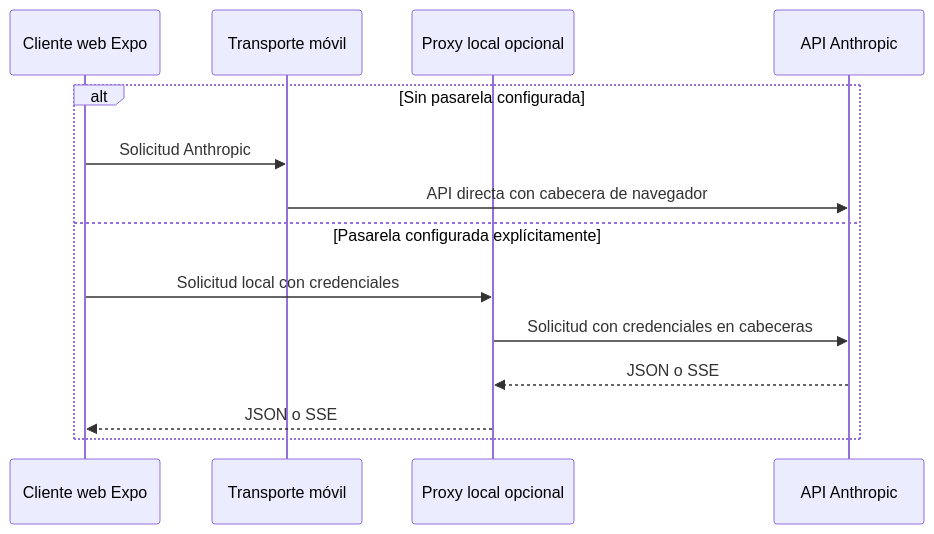
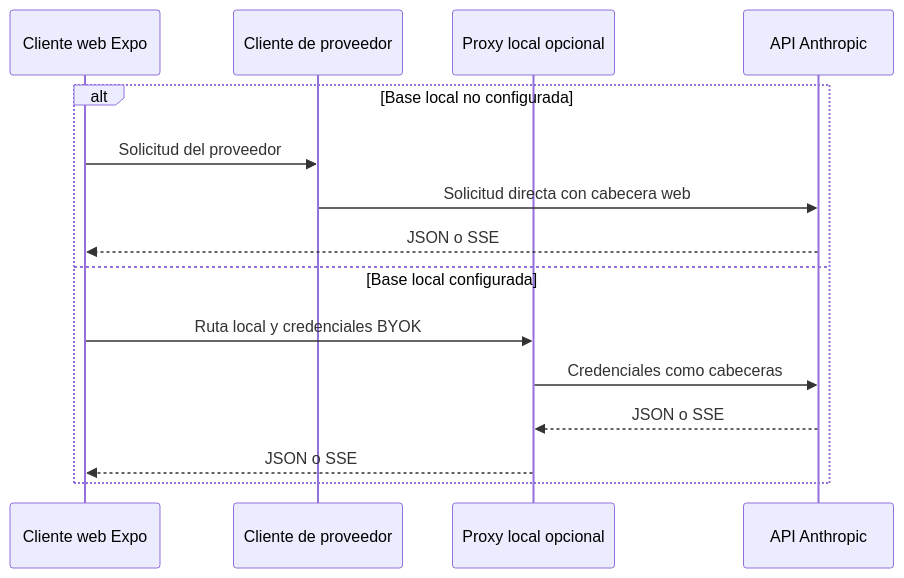
The diagram in openwiki/services/anthropic-proxy.md (maximofn/gymnasia), drawn with Mermaid before and after one commit. The commit also changed other lines of this file and 54 other files, not shown here.

````diff
--- a/openwiki/services/anthropic-proxy.md
+++ b/openwiki/services/anthropic-proxy.md
@@ -61,16 +59,17 @@
 ```mermaid
 sequenceDiagram
     participant Browser as Cliente web Expo
-    participant App as Transporte móvil
+    participant App as Cliente de proveedor
     participant Proxy as Proxy local opcional
     participant Anthropic as API Anthropic
-    alt Sin pasarela configurada
-        Browser->>App: Solicitud Anthropic
-        App->>Anthropic: API directa con cabecera de navegador
-    else Pasarela configurada explícitamente
-        Browser->>Proxy: Solicitud local con credenciales
-        Proxy->>Anthropic: Solicitud con credenciales en cabeceras
+    alt Base local no configurada
+        Browser->>App: Solicitud del proveedor
+        App->>Anthropic: Solicitud directa con cabecera web
+        Anthropic-->>Browser: JSON o SSE
+    else Base local configurada
+        Browser->>Proxy: Ruta local y credenciales BYOK
+        Proxy->>Anthropic: Credenciales como cabeceras
         Anthropic-->>Proxy: JSON o SSE
         Proxy-->>Browser: JSON o SSE
     end
 ```
````
